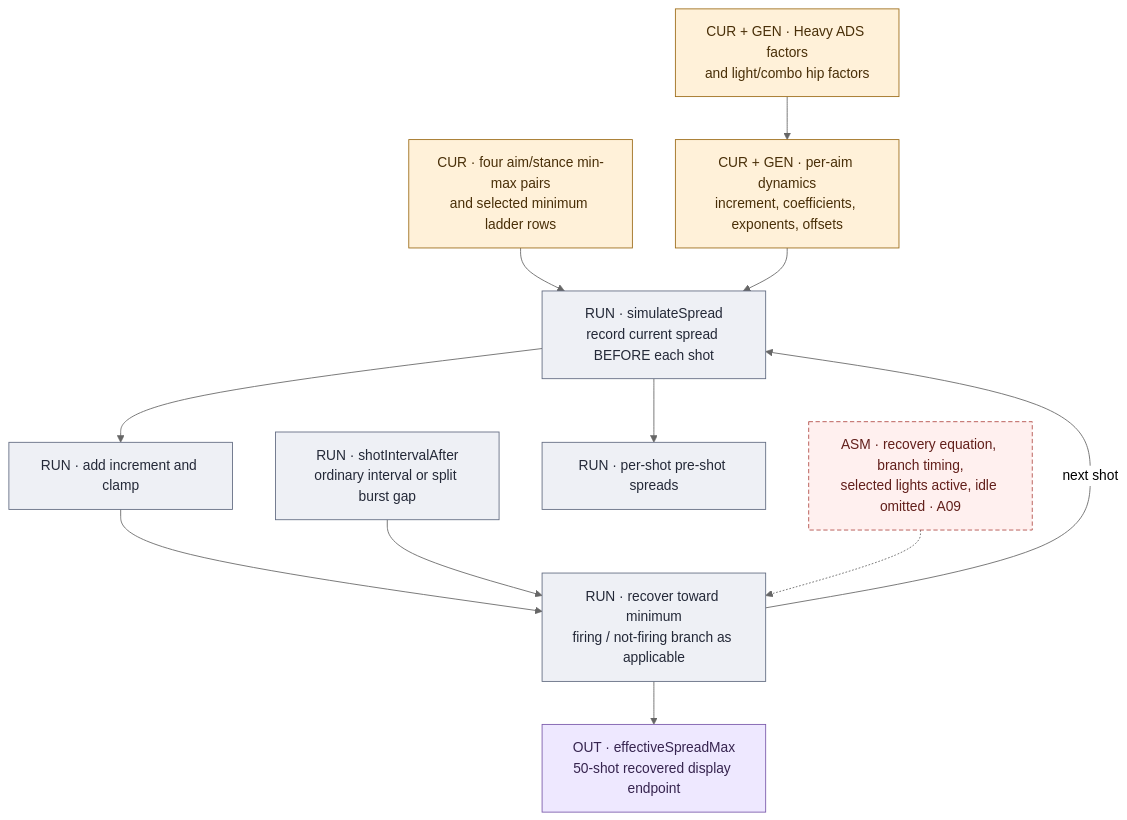
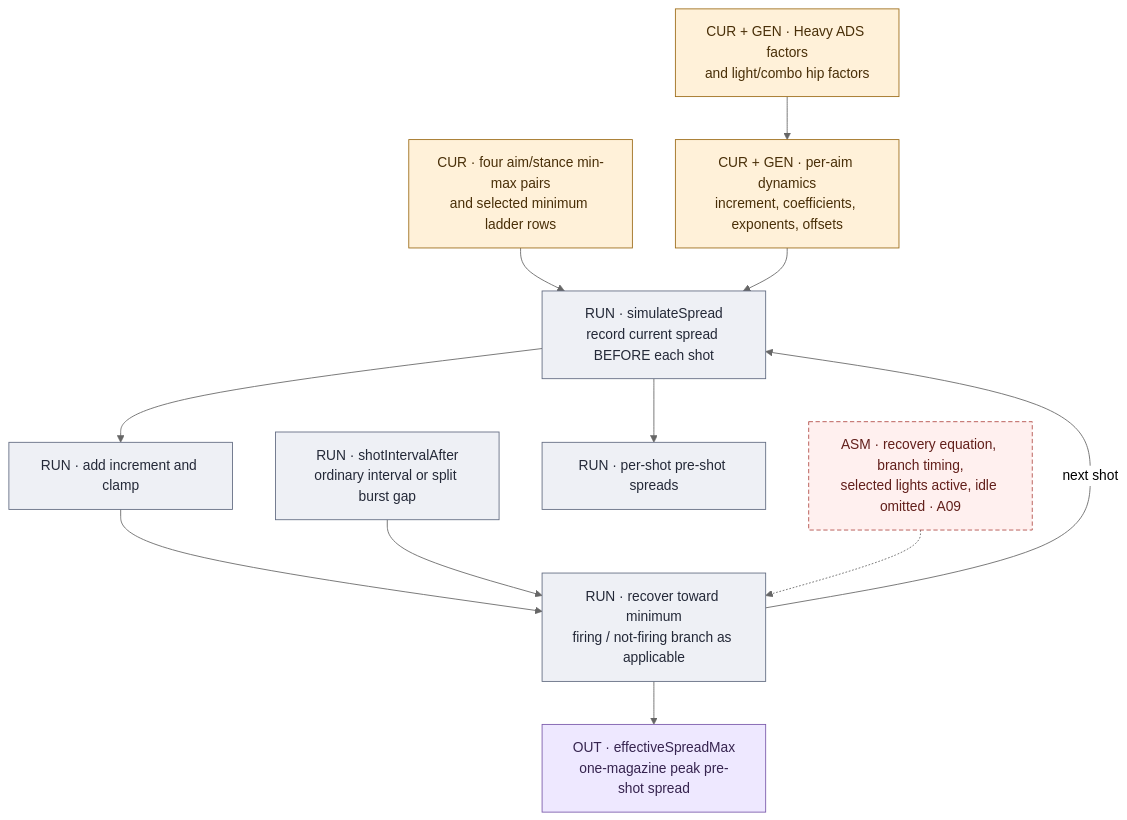
The second of 3 diagrams in docs/data-flow/RECOIL_SPREAD.md (raymdl/BF6-Weapon-Analyzer), drawn with Mermaid (neutral theme) before and after one commit. The commit also changed other lines of this file and 4 other files, not shown here.

First line of the commit message:
Size effective max spread to the selected magazine

````diff
--- a/docs/data-flow/RECOIL_SPREAD.md
+++ b/docs/data-flow/RECOIL_SPREAD.md
@@ -61,27 +61,27 @@
 ```mermaid
 flowchart TB
     B["CUR · four aim/stance min-max pairs<br/>and selected minimum ladder rows"]:::cur
     D["CUR + GEN · per-aim dynamics<br/>increment, coefficients, exponents, offsets"]:::cur
     H["CUR + GEN · Heavy ADS factors<br/>and light/combo hip factors"]:::cur
     S["RUN · simulateSpread<br/>record current spread BEFORE each shot"]:::run
     G["RUN · add increment and clamp"]:::run
     I["RUN · shotIntervalAfter<br/>ordinary interval or split burst gap"]:::run
     R["RUN · recover toward minimum<br/>firing / not-firing branch as applicable"]:::run
     O["RUN · per-shot pre-shot spreads"]:::run
-    E["OUT · effectiveSpreadMax<br/>50-shot recovered display endpoint"]:::out
+    E["OUT · effectiveSpreadMax<br/>one-magazine peak pre-shot spread"]:::out
     A["ASM · recovery equation, branch timing,<br/>selected lights active, idle omitted · A09"]:::asm
     B --> S
     D --> S
     H --> D
     S --> G
     S --> O
     G --> R
     I --> R
     R -->|next shot| S
     R --> E
     A -.-> R
     classDef cur fill:#fff1d9,stroke:#9c6b17,color:#492f08
     classDef run fill:#eef0f5,stroke:#616a80,color:#242938
     classDef asm fill:#fff0ef,stroke:#b34c46,color:#621f1b,stroke-dasharray:5 3
     classDef out fill:#eee8ff,stroke:#7958aa,color:#36244f
 ```
````
